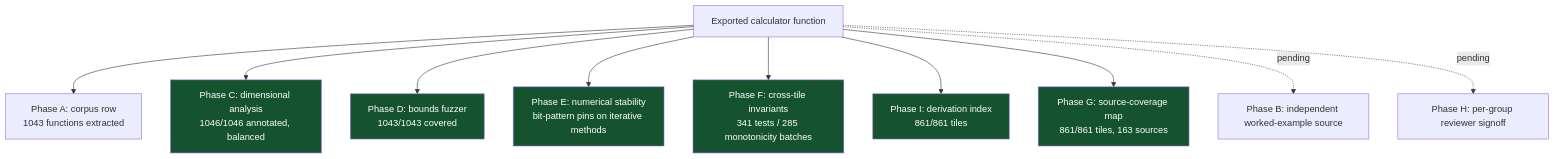
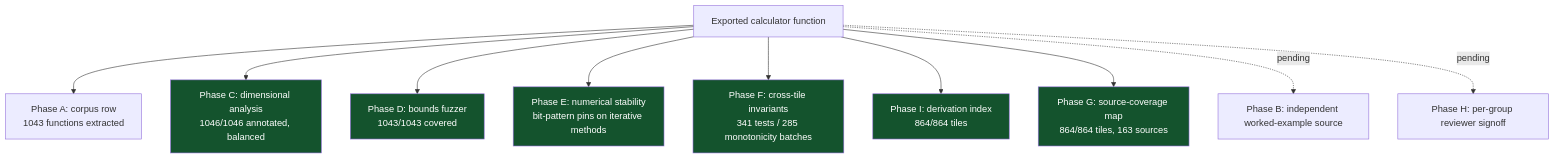
Before and after one commit to clay-good/roughlogic.com: the sixth of 8 diagrams in README.md, drawn with Mermaid. The commit also changed other lines of this file and 19 other files, not shown here.

````diff
--- a/README.md
+++ b/README.md
@@ -519,18 +519,18 @@
 ```mermaid
 flowchart TB
     F[Exported calculator function] --> A[Phase A: corpus row\n1043 functions extracted]
     F --> C[Phase C: dimensional analysis\n1046/1046 annotated, balanced]
     F --> D[Phase D: bounds fuzzer\n1043/1043 covered]
     F --> E[Phase E: numerical stability\nbit-pattern pins on iterative methods]
     F --> Fa[Phase F: cross-tile invariants\n341 tests / 285 monotonicity batches]
-    F --> I[Phase I: derivation index\n861/861 tiles]
-    F --> G[Phase G: source-coverage map\n861/861 tiles, 163 sources]
+    F --> I[Phase I: derivation index\n864/864 tiles]
+    F --> G[Phase G: source-coverage map\n864/864 tiles, 163 sources]
     F -.pending.-> B[Phase B: independent worked-example source]
     F -.pending.-> H[Phase H: per-group reviewer signoff]
     style C fill:#14532d,color:#fff
     style D fill:#14532d,color:#fff
     style E fill:#14532d,color:#fff
     style Fa fill:#14532d,color:#fff
     style G fill:#14532d,color:#fff
     style I fill:#14532d,color:#fff
 ```
````
